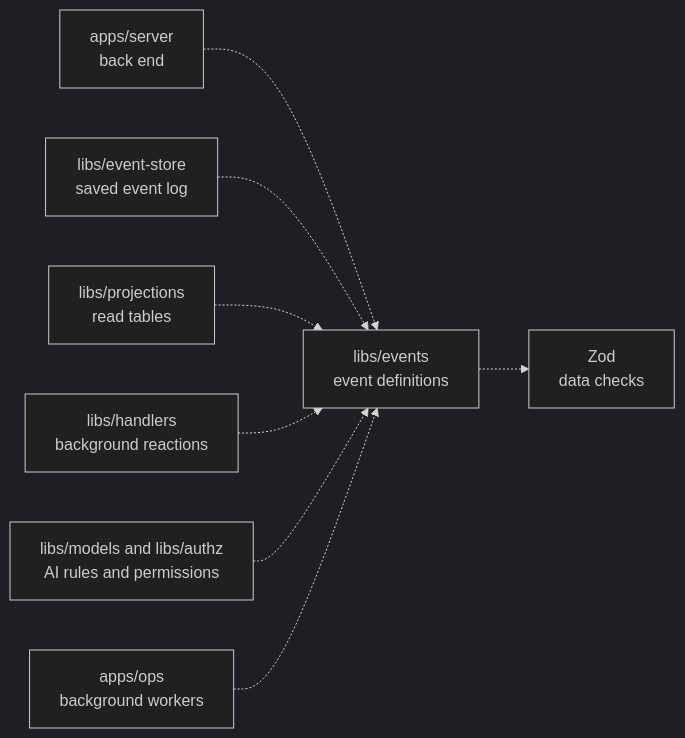
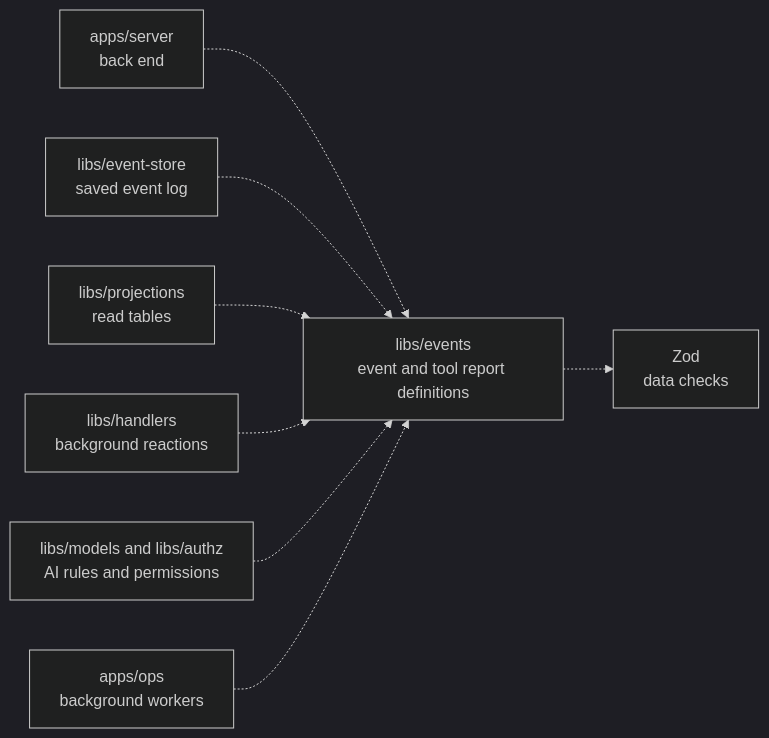
One commit to elewa-git/opencrane-new changed the diagram in libs/events/README.md. Above: the diagram before and after it, drawn with Mermaid (dark theme). The commit also changed other lines of this file and 31 other files, not shown here.

````diff
--- a/libs/events/README.md
+++ b/libs/events/README.md
@@ -22,10 +22,10 @@
 ```mermaid
 flowchart LR
-  server["apps/server<br/>back end"] -.-> events["libs/events<br/>event definitions"]
+  server["apps/server<br/>back end"] -.-> events["libs/events<br/>event and tool report definitions"]
   store["libs/event-store<br/>saved event log"] -.-> events
   projections["libs/projections<br/>read tables"] -.-> events
   handlers["libs/handlers<br/>background reactions"] -.-> events
   others["libs/models and libs/authz<br/>AI rules and permissions"] -.-> events
   ops["apps/ops<br/>background workers"] -.-> events
   events -.-> zod["Zod<br/>data checks"]
 ```
````
